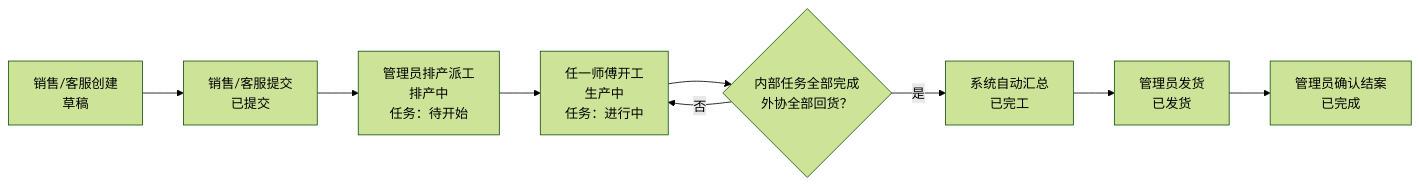
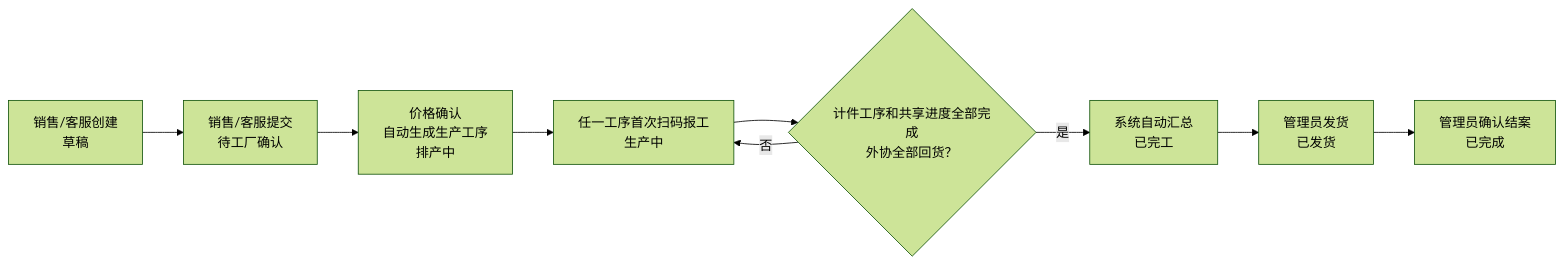
Before and after one commit to zora4523-bot/print-shop-erp: the first of 4 diagrams in docs/管理后台使用手册.md, drawn with Mermaid (forest theme). The commit also changed other lines of this file, not shown here.

````diff
--- a/docs/管理后台使用手册.md
+++ b/docs/管理后台使用手册.md
@@ -149,20 +148,20 @@
 ```mermaid
 flowchart LR
     A["销售/客服创建<br/>草稿"]
-    B["销售/客服提交<br/>已提交"]
-    C["管理员排产派工<br/>排产中<br/>任务：待开始"]
-    D["任一师傅开工<br/>生产中<br/>任务：进行中"]
-    E{"内部任务全部完成<br/>外协全部回货？"}
+    B["销售/客服提交<br/>待工厂确认"]
+    C["价格确认<br/>自动生成生产工序<br/>排产中"]
+    D["任一工序首次扫码报工<br/>生产中"]
+    E{"计件工序和共享进度全部完成<br/>外协全部回货？"}
     F["系统自动汇总<br/>已完工"]
     G["管理员发货<br/>已发货"]
     H["管理员确认结案<br/>已完成"]
 
     A --> B
     B --> C
     C --> D
     D --> E
     E -- "否" --> D
     E -- "是" --> F
     F --> G
     G --> H
 ```
````
